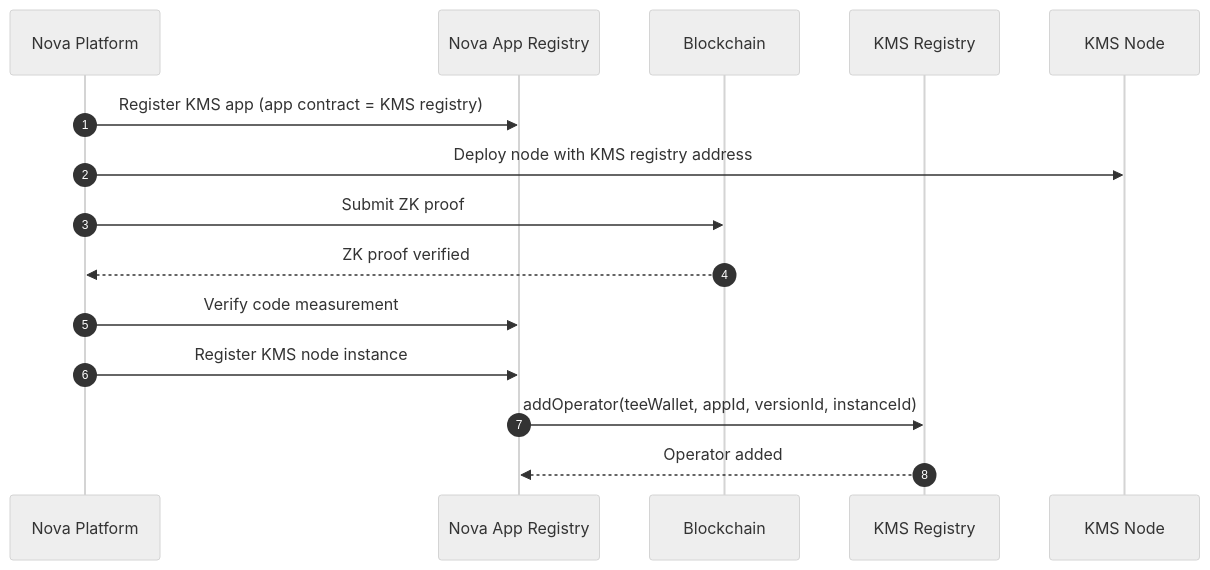
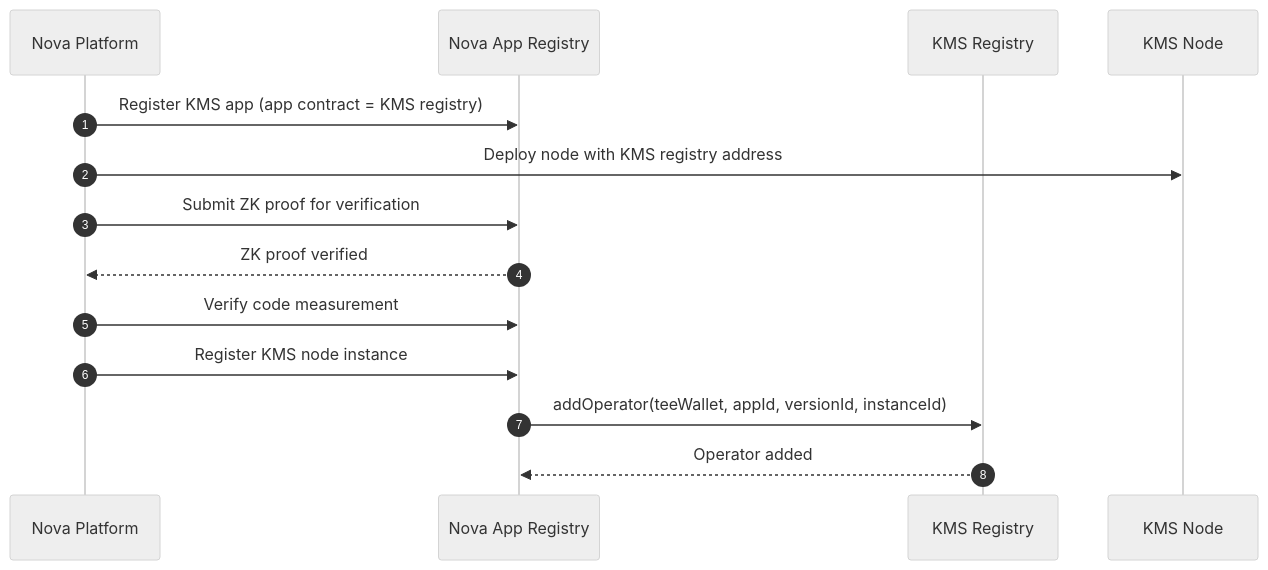
Before and after one commit to sparsity-xyz/nova-kms: the second of 4 diagrams in docs/kms-core-workflows.md, drawn with Mermaid (neutral theme). The commit also changed other lines of this file, not shown here.

Commit message:
refine workflows

````diff
--- a/docs/kms-core-workflows.md
+++ b/docs/kms-core-workflows.md
@@ -52,18 +52,17 @@
 ```mermaid
 sequenceDiagram
     autonumber
     participant NovaPlatform as Nova Platform
     participant NovaRegistry as Nova App Registry
-    participant Chain as Blockchain
     participant KMSRegistry as KMS Registry
     participant KMSNode as KMS Node
 
     NovaPlatform->>NovaRegistry: Register KMS app (app contract = KMS registry)
     NovaPlatform->>KMSNode: Deploy node with KMS registry address
-    NovaPlatform->>Chain: Submit ZK proof
-    Chain-->>NovaPlatform: ZK proof verified
+    NovaPlatform->>NovaRegistry: Submit ZK proof for verification
+    NovaRegistry-->>NovaPlatform: ZK proof verified
     NovaPlatform->>NovaRegistry: Verify code measurement
     NovaPlatform->>NovaRegistry: Register KMS node instance
     NovaRegistry->>KMSRegistry: addOperator(teeWallet, appId, versionId, instanceId)
     KMSRegistry-->>NovaRegistry: Operator added
 ```
````
